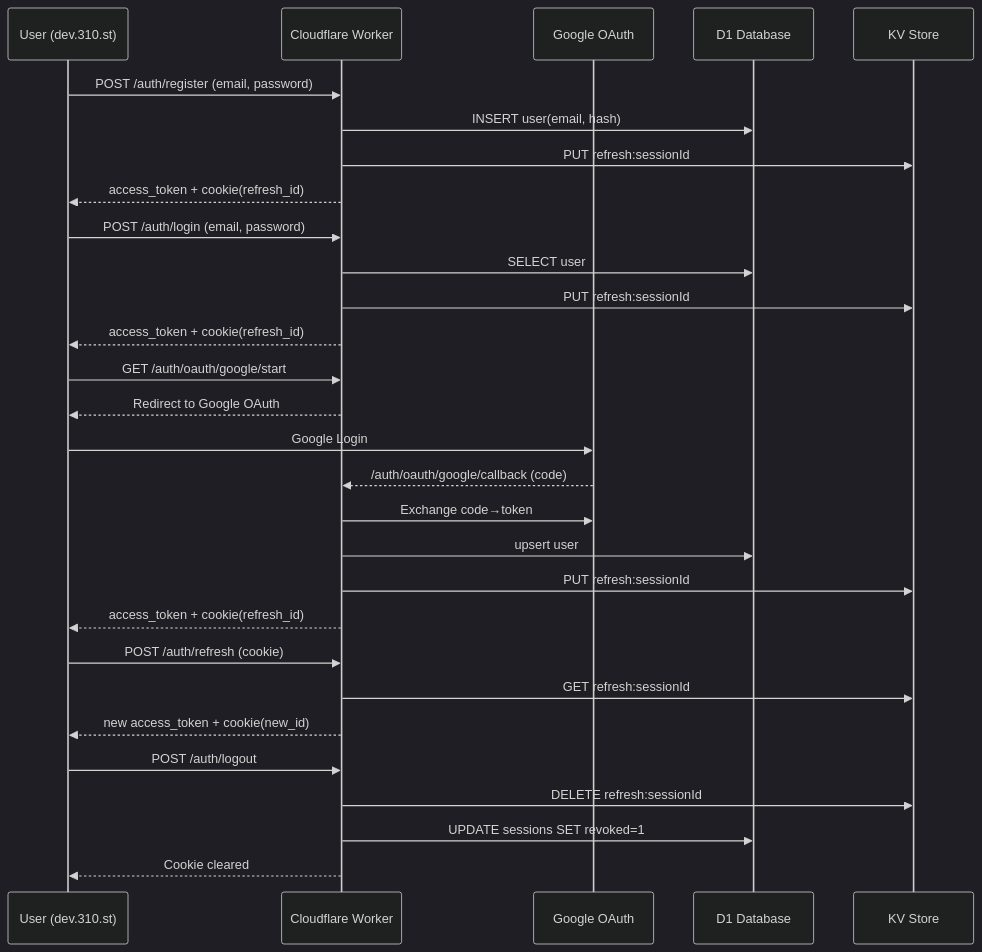
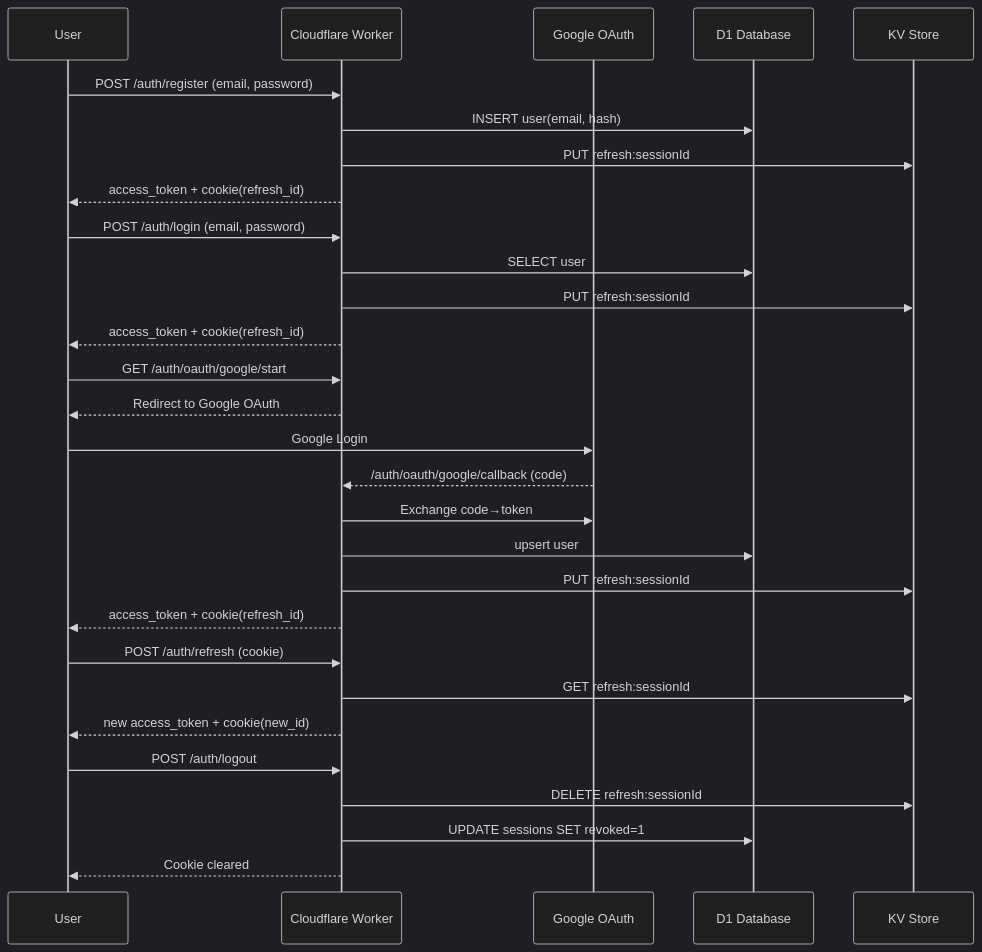
One commit to admin310st/301 changed the first of 3 diagrams in wiki/Security.md. Above: the diagram before and after it, drawn with Mermaid (dark theme). The commit also changed other lines of this file and 6 other files, not shown here.

````diff
--- a/wiki/Security.md
+++ b/wiki/Security.md
@@ -369,36 +183,36 @@
 ```mermaid
 sequenceDiagram
-    participant U as User (dev.310.st) 
+    participant U as User
     participant W as Cloudflare Worker
     participant G as Google OAuth
     participant D as D1 Database
     participant K as KV Store
 
     U->>W: POST /auth/register (email, password)
     W->>D: INSERT user(email, hash)
     W->>K: PUT refresh:sessionId
     W-->>U: access_token + cookie(refresh_id)
 
     U->>W: POST /auth/login (email, password)
     W->>D: SELECT user
     W->>K: PUT refresh:sessionId
     W-->>U: access_token + cookie(refresh_id)
 
     U->>W: GET /auth/oauth/google/start
     W-->>U: Redirect to Google OAuth
     U->>G: Google Login
     G-->>W: /auth/oauth/google/callback (code)
     W->>G: Exchange code→token
     W->>D: upsert user
     W->>K: PUT refresh:sessionId
     W-->>U: access_token + cookie(refresh_id)
 
     U->>W: POST /auth/refresh (cookie)
     W->>K: GET refresh:sessionId
     W-->>U: new access_token + cookie(new_id)
 
     U->>W: POST /auth/logout
     W->>K: DELETE refresh:sessionId
     W->>D: UPDATE sessions SET revoked=1
     W-->>U: Cookie cleared
 ```
````
